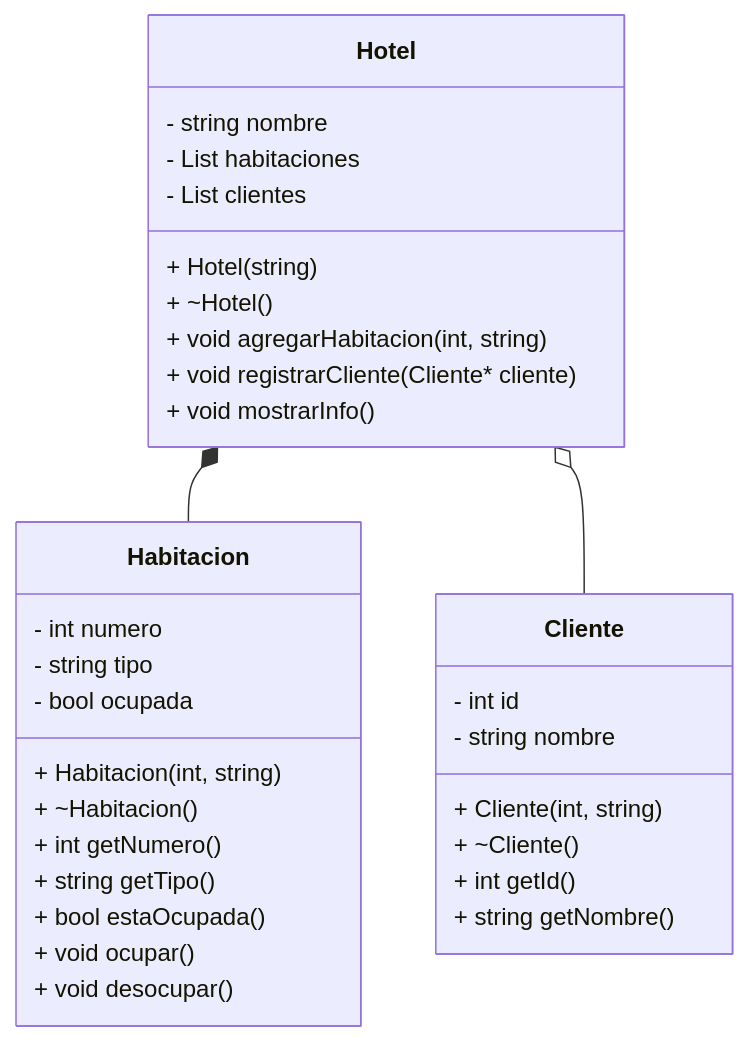
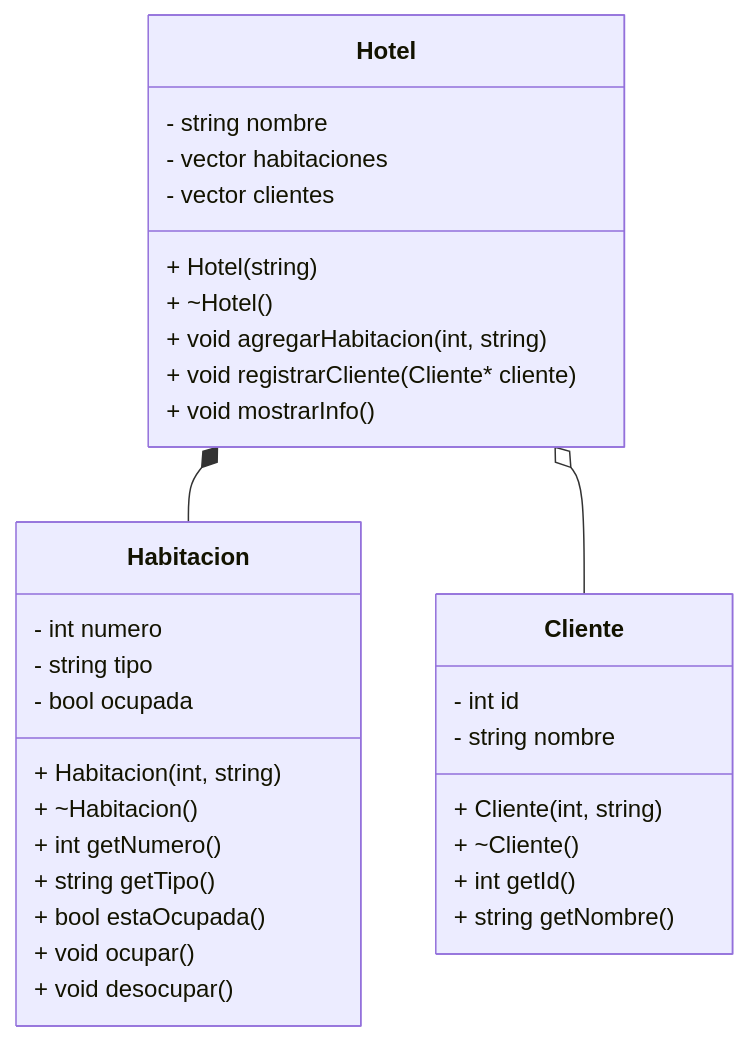
The first of 2 diagrams in README.md (juanferml/diagramasUML), drawn with Mermaid before and after one commit.

````diff
--- a/README.md
+++ b/README.md
@@ -4,40 +4,40 @@
 ```mermaid
 classDiagram
 	
 	class Habitacion {
 	    - int numero
 	    - string tipo
 	    - bool ocupada
 	    + Habitacion(int, string)
 	    + ~Habitacion()
 	    + int getNumero()
 	    + string getTipo()
 	    + bool estaOcupada()
 	    + void ocupar()
 	    + void desocupar()
 	}
 
 	class Cliente {
 	    - int id
 	    - string nombre
 	    + Cliente(int, string)
 	    + ~Cliente()
 	    + int getId()
 	    + string getNombre()
 	}
 
 	class Hotel {
 	    - string nombre
-	    - List<Habitacion> habitaciones
-	    - List<Cliente> clientes
+	    - vector<Habitacion> habitaciones
+	    - vector<Cliente*> clientes
 	    + Hotel(string)
 	    + ~Hotel()
 	    + void agregarHabitacion(int, string)
 	    + void registrarCliente(Cliente* cliente)
 	    + void mostrarInfo()
 	}
 
 	Hotel *-- Habitacion
 	Hotel o-- Cliente
 
 ```
````
